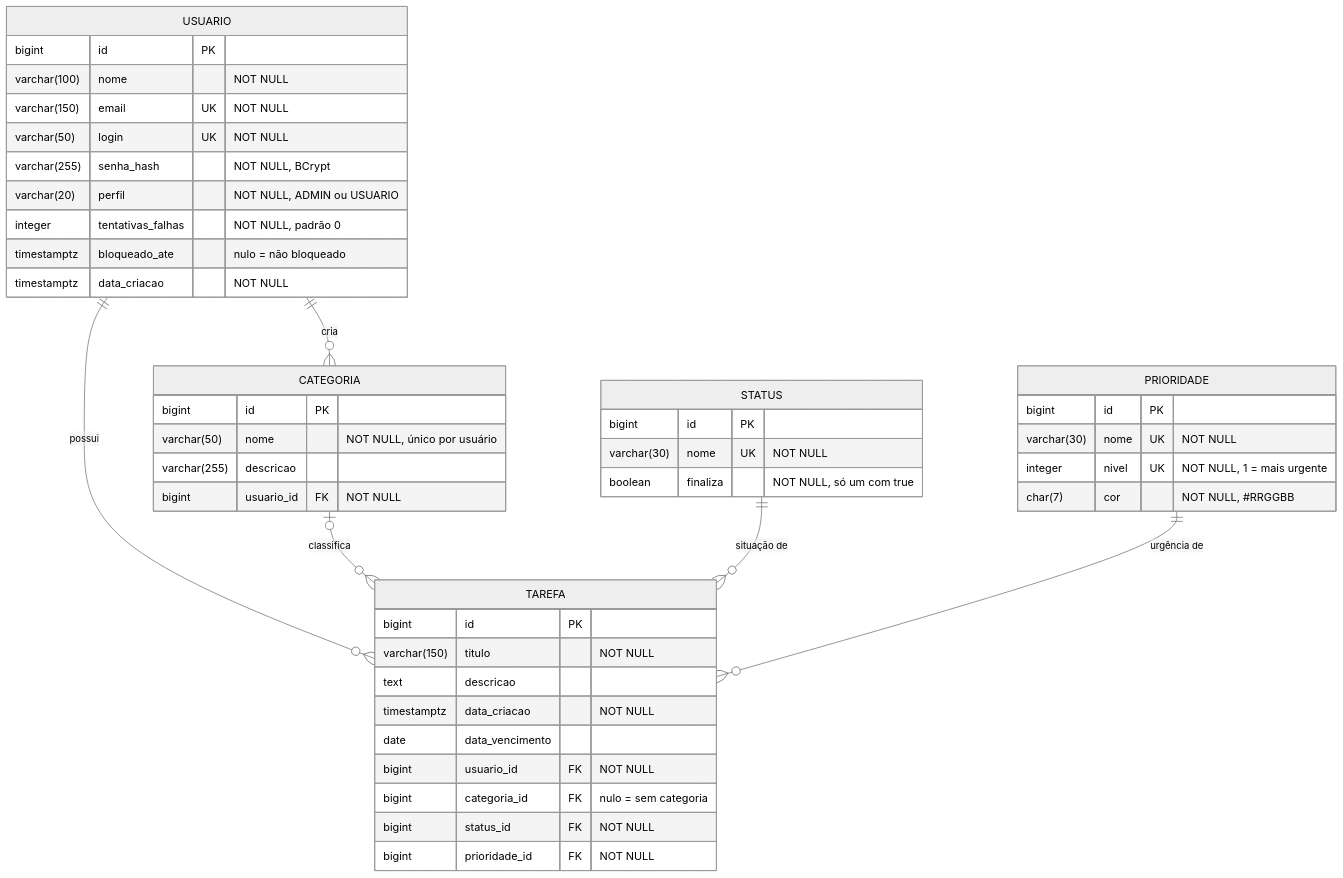
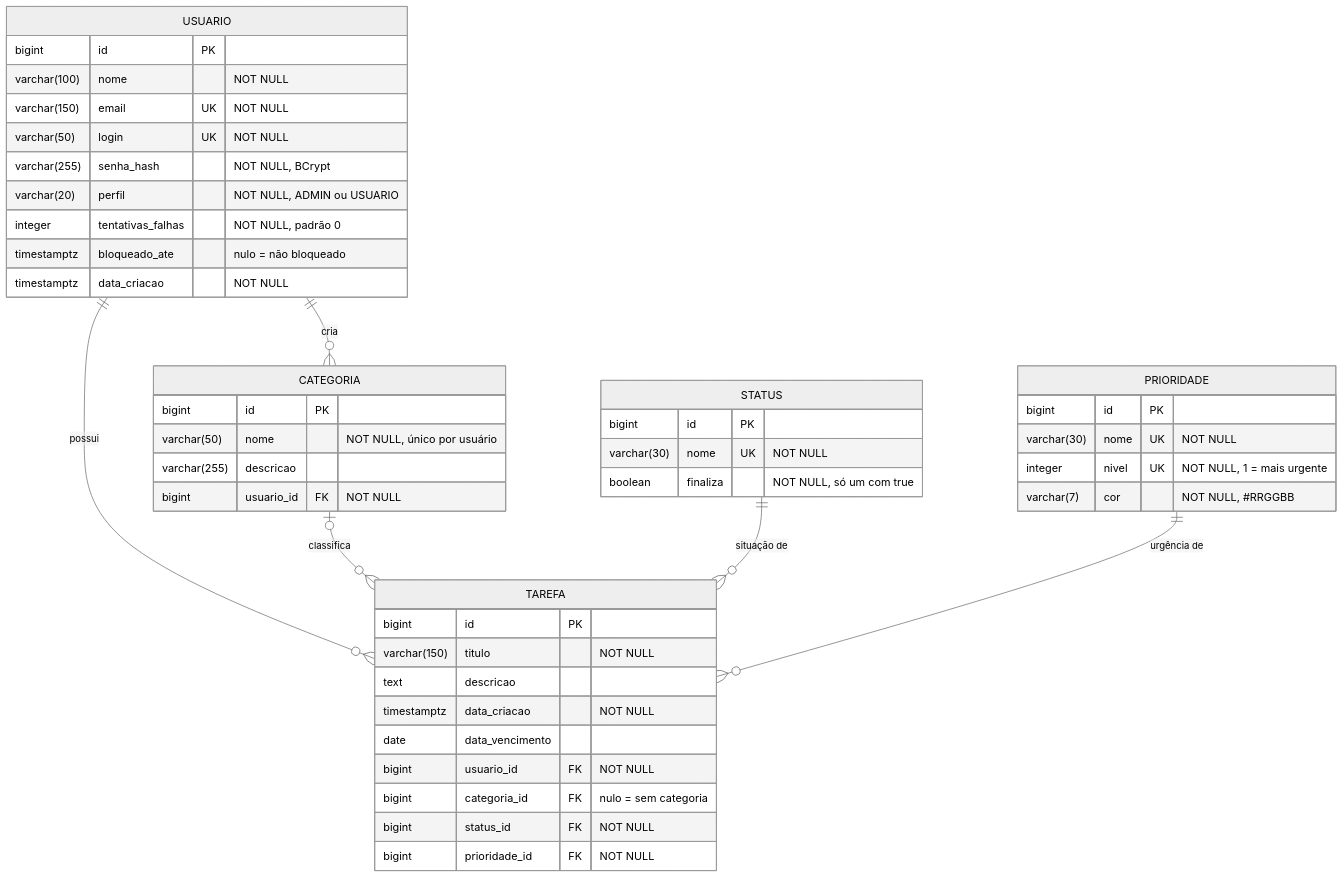
One commit to GUILHERMEKARNOPP/GerenciadorTarefas_SpringWeb changed the second of 2 diagrams in README.md. Above: the diagram before and after it, drawn with Mermaid (neutral theme). The commit also changed other lines of this file and 18 other files, not shown here.

````diff
--- a/README.md
+++ b/README.md
@@ -240,52 +244,52 @@
 ```mermaid
 erDiagram
     USUARIO ||--o{ TAREFA : possui
     USUARIO ||--o{ CATEGORIA : cria
     CATEGORIA |o--o{ TAREFA : classifica
     STATUS ||--o{ TAREFA : "situação de"
     PRIORIDADE ||--o{ TAREFA : "urgência de"
 
     USUARIO {
         bigint id PK
         varchar(100) nome "NOT NULL"
         varchar(150) email UK "NOT NULL"
         varchar(50) login UK "NOT NULL"
         varchar(255) senha_hash "NOT NULL, BCrypt"
         varchar(20) perfil "NOT NULL, ADMIN ou USUARIO"
         integer tentativas_falhas "NOT NULL, padrão 0"
         timestamptz bloqueado_ate "nulo = não bloqueado"
         timestamptz data_criacao "NOT NULL"
     }
 
     CATEGORIA {
         bigint id PK
         varchar(50) nome "NOT NULL, único por usuário"
         varchar(255) descricao
         bigint usuario_id FK "NOT NULL"
     }
 
     STATUS {
         bigint id PK
         varchar(30) nome UK "NOT NULL"
         boolean finaliza "NOT NULL, só um com true"
     }
 
     PRIORIDADE {
         bigint id PK
         varchar(30) nome UK "NOT NULL"
         integer nivel UK "NOT NULL, 1 = mais urgente"
-        char(7) cor "NOT NULL, #RRGGBB"
+        varchar(7) cor "NOT NULL, #RRGGBB"
     }
 
     TAREFA {
         bigint id PK
         varchar(150) titulo "NOT NULL"
         text descricao
         timestamptz data_criacao "NOT NULL"
         date data_vencimento
         bigint usuario_id FK "NOT NULL"
         bigint categoria_id FK "nulo = sem categoria"
         bigint status_id FK "NOT NULL"
         bigint prioridade_id FK "NOT NULL"
     }
 ```
````
